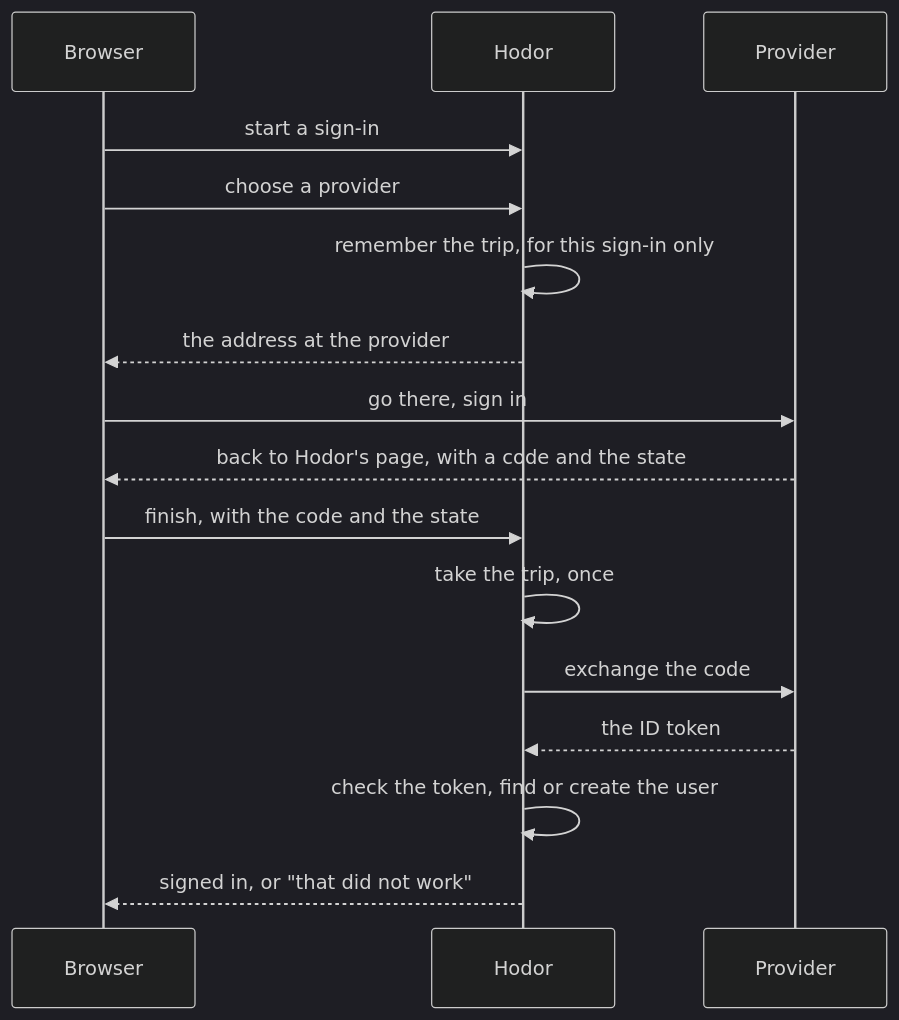
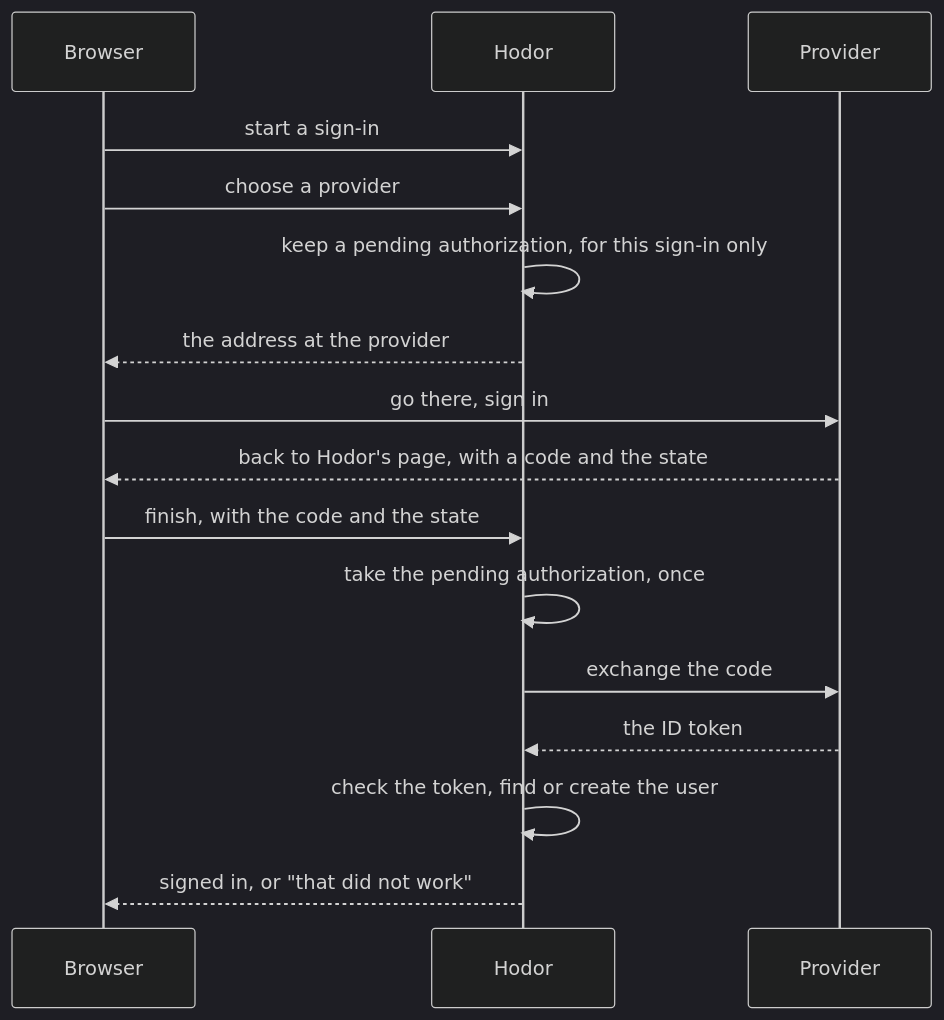
Before and after one commit to ortisun/hodor: the diagram in docs/architecture/contexts/federation.md, drawn with Mermaid (dark theme). The commit also changed other lines of this file and 20 other files, not shown here.

First line of the commit message:
refactor(federation): call the record of a person away at a provider a pending authorization

````diff
--- a/docs/architecture/contexts/federation.md
+++ b/docs/architecture/contexts/federation.md
@@ -146,18 +146,18 @@
 ```mermaid
 sequenceDiagram
     participant Browser
     participant Hodor
     participant Provider
     Browser->>Hodor: start a sign-in
     Browser->>Hodor: choose a provider
-    Hodor->>Hodor: remember the trip, for this sign-in only
+    Hodor->>Hodor: keep a pending authorization, for this sign-in only
     Hodor-->>Browser: the address at the provider
     Browser->>Provider: go there, sign in
     Provider-->>Browser: back to Hodor's page, with a code and the state
     Browser->>Hodor: finish, with the code and the state
-    Hodor->>Hodor: take the trip, once
+    Hodor->>Hodor: take the pending authorization, once
     Hodor->>Provider: exchange the code
     Provider-->>Hodor: the ID token
     Hodor->>Hodor: check the token, find or create the user
     Hodor-->>Browser: signed in, or "that did not work"
 ```
````
